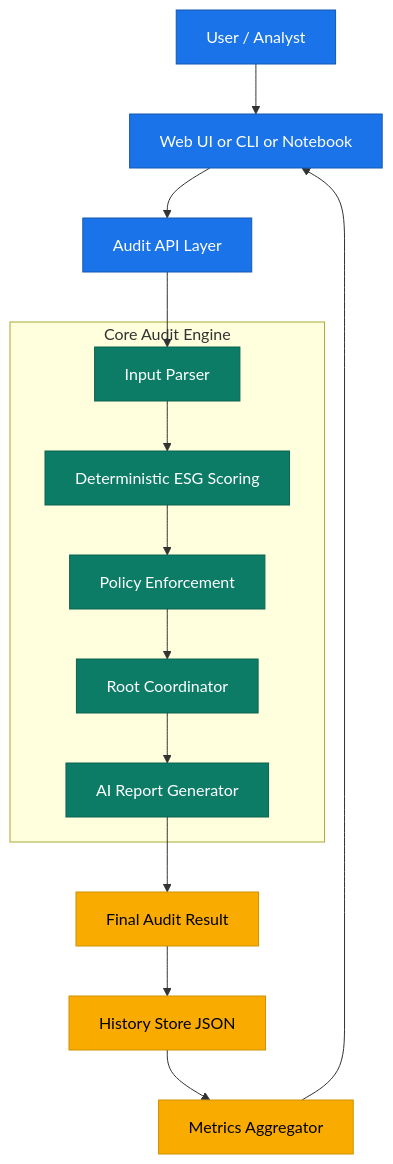
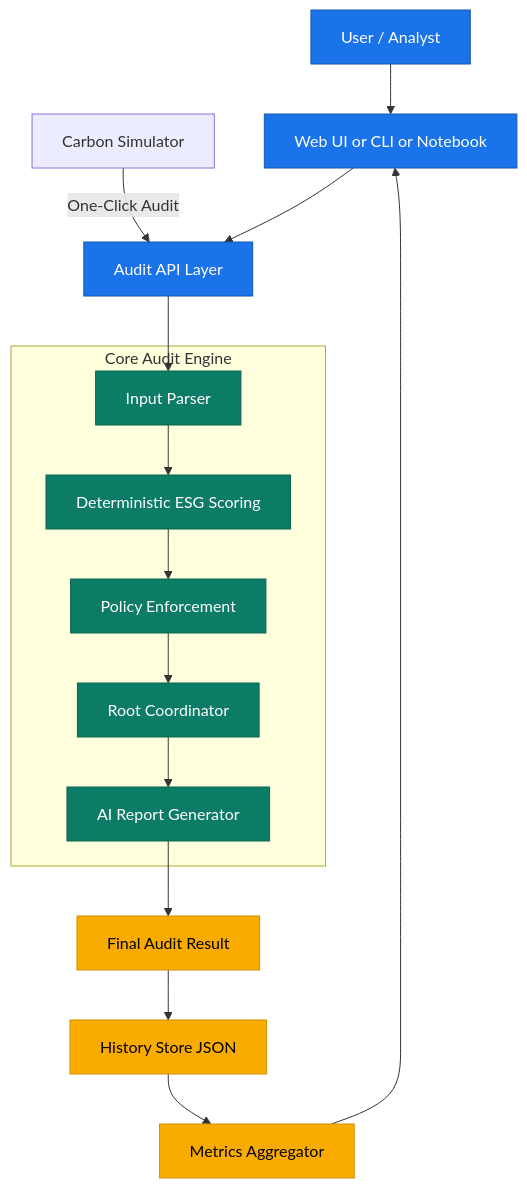
One commit to Hacknovate-7-0/CFOE-blockchain changed the first of 2 diagrams in README.md. Above: the diagram before and after it, drawn with Mermaid. The commit also changed other lines of this file and 13 other files, not shown here.

````diff
--- a/README.md
+++ b/README.md
@@ -177,30 +178,31 @@
 ```mermaid
 graph TB
     U[User / Analyst] --> UI[Web UI or CLI or Notebook]
+    SIM[Carbon Simulator] -->|One-Click Audit| API
     UI --> API[Audit API Layer]
 
     subgraph CORE[Core Audit Engine]
         PARSE[Input Parser]
         SCORE[Deterministic ESG Scoring]
         POLICY[Policy Enforcement]
         COORD[Root Coordinator]
         REPORT[AI Report Generator]
 
         PARSE --> SCORE --> POLICY --> COORD --> REPORT
     end
 
     API --> PARSE
 
     REPORT --> OUT[Final Audit Result]
     OUT --> HIST[History Store JSON]
     HIST --> METRICS[Metrics Aggregator]
     METRICS --> UI
 
     classDef ui fill:#1a73e8,color:#fff,stroke:#1558b0;
     classDef core fill:#0d7c66,color:#fff,stroke:#0a6350;
     classDef data fill:#f9ab00,color:#000,stroke:#d19000;
 
     class U,UI,API ui;
     class PARSE,SCORE,POLICY,COORD,REPORT core;
     class OUT,HIST,METRICS data;
 ```
````
